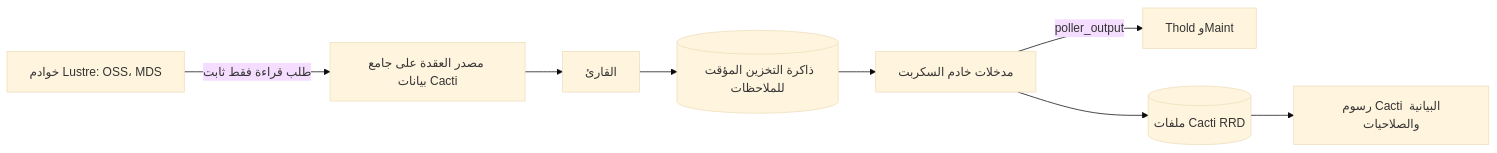
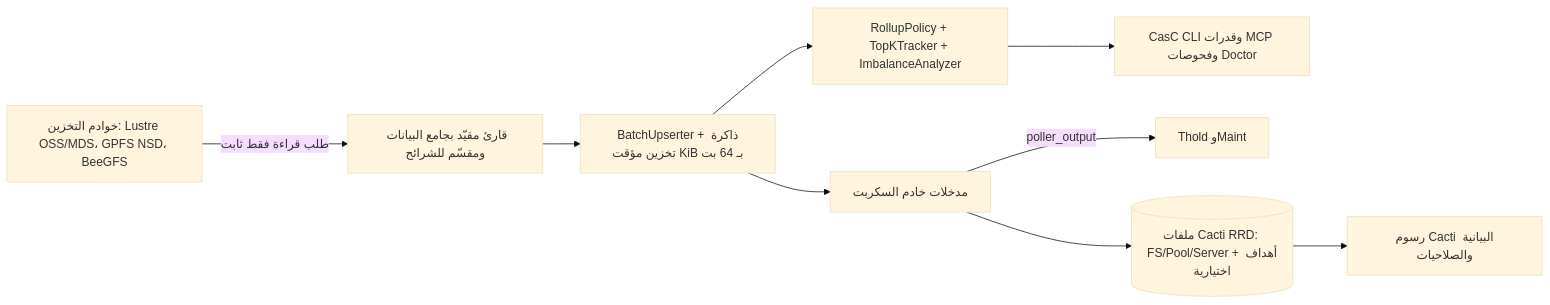
One commit to somethingwithproof/plugin_pfs changed the diagram in docs/i18n/ar-EG/README.md. Above: the diagram before and after it, drawn with Mermaid (base theme). The commit also changed other lines of this file and 47 other files, not shown here.

````diff
--- a/docs/i18n/ar-EG/README.md
+++ b/docs/i18n/ar-EG/README.md
@@ -73,10 +81,11 @@
 ```mermaid
 flowchart LR
-    N["خوادم Lustre: OSS، MDS"] -->|"طلب قراءة فقط ثابت"| S["مصدر العقدة على جامع بيانات Cacti"]
-    S --> R["القارئ"]
-    R --> C[("ذاكرة التخزين المؤقت للملاحظات")]
-    C --> SS["مدخلات خادم السكربت"]
+    N["خوادم التخزين: Lustre OSS/MDS، GPFS NSD، BeeGFS"] -->|"طلب قراءة فقط ثابت"| S["قارئ مقيّد بجامع البيانات ومقسّم للشرائح"]
+    S --> B["BatchUpserter + ذاكرة تخزين مؤقت KiB بـ 64 بت"]
+    B --> R["RollupPolicy + TopKTracker + ImbalanceAnalyzer"]
+    B --> SS["مدخلات خادم السكربت"]
+    R --> ECO["CasC CLI وقدرات MCP وفحوصات Doctor"]
     SS -->|"poller_output"| T["Thold وMaint"]
-    SS --> RRD[("ملفات Cacti RRD")]
+    SS --> RRD[("ملفات Cacti RRD: FS/Pool/Server + أهداف اختيارية")]
     RRD --> G["رسوم Cacti البيانية والصلاحيات"]
 ```
````
